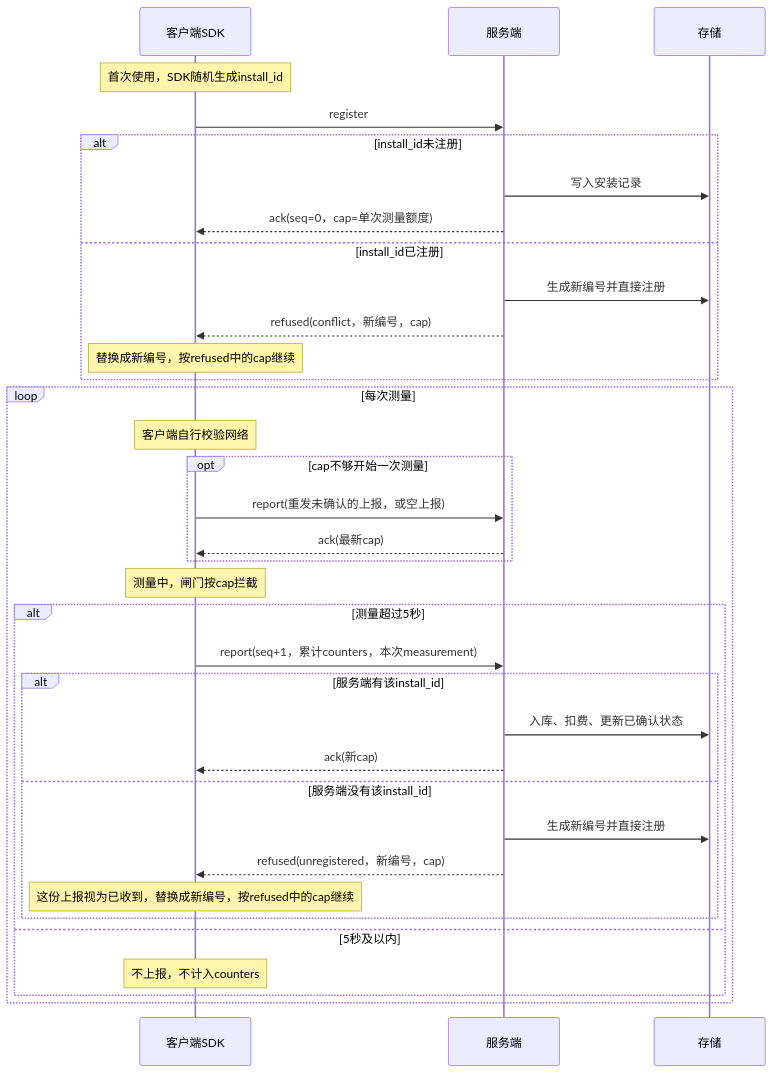
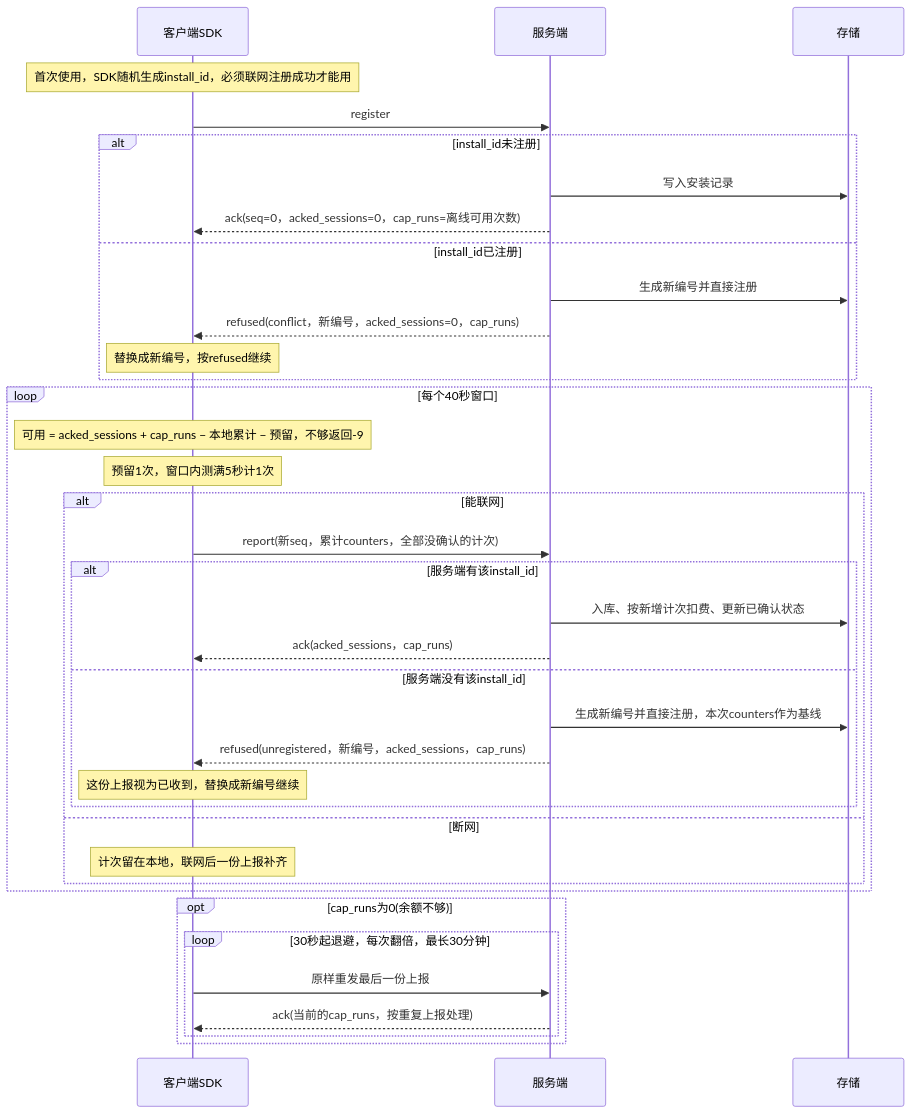
Before and after one commit to FacePhys/Afu-Server-demo: the diagram in readme.md, drawn with Mermaid. The commit also changed other lines of this file and 38 other files, not shown here.

First line of the commit message:
计费改为按计次，支持离线：回复新增 acked_sessions，cap_runs 为离线可用次数

````diff
--- a/readme.md
+++ b/readme.md
@@ -335,39 +362,42 @@
 ```mermaid
 sequenceDiagram
     participant SDK as 客户端SDK
     participant S as 服务端
     participant DB as 存储
 
-    Note over SDK: 首次使用，SDK随机生成install_id
+    Note over SDK: 首次使用，SDK随机生成install_id，必须联网注册成功才能用
     SDK->>S: register
     alt install_id未注册
         S->>DB: 写入安装记录
-        S-->>SDK: ack(seq=0，cap=单次测量额度)
+        S-->>SDK: ack(seq=0，acked_sessions=0，cap_runs=离线可用次数)
     else install_id已注册
         S->>DB: 生成新编号并直接注册
-        S-->>SDK: refused(conflict，新编号，cap)
-        Note over SDK: 替换成新编号，按refused中的cap继续
+        S-->>SDK: refused(conflict，新编号，acked_sessions=0，cap_runs)
+        Note over SDK: 替换成新编号，按refused继续
     end
 
-    loop 每次测量
-        Note over SDK: 客户端自行校验网络
-        opt cap不够开始一次测量
-            SDK->>S: report(重发未确认的上报，或空上报)
-            S-->>SDK: ack(最新cap)
+    loop 每个40秒窗口
+        Note over SDK: 可用 = acked_sessions + cap_runs − 本地累计 − 预留，不够返回-9
+        Note over SDK: 预留1次，窗口内测满5秒计1次
+        alt 能联网
+            SDK->>S: report(新seq，累计counters，全部没确认的计次)
+            alt 服务端有该install_id
+                S->>DB: 入库、按新增计次扣费、更新已确认状态
+                S-->>SDK: ack(acked_sessions，cap_runs)
+            else 服务端没有该install_id
+                S->>DB: 生成新编号并直接注册，本次counters作为基线
+                S-->>SDK: refused(unregistered，新编号，acked_sessions，cap_runs)
+                Note over SDK: 这份上报视为已收到，替换成新编号继续
+            end
+        else 断网
+            Note over SDK: 计次留在本地，联网后一份上报补齐
         end
-        Note over SDK: 测量中，闸门按cap拦截
-        alt 测量超过5秒
-            SDK->>S: report(seq+1，累计counters，本次measurement)
-            alt 服务端有该install_id
-                S->>DB: 入库、扣费、更新已确认状态
-                S-->>SDK: ack(新cap)
-            else 服务端没有该install_id
-                S->>DB: 生成新编号并直接注册
-                S-->>SDK: refused(unregistered，新编号，cap)
-                Note over SDK: 这份上报视为已收到，替换成新编号，按refused中的cap继续
-            end
-        else 5秒及以内
-            Note over SDK: 不上报，不计入counters
+    end
+
+    opt cap_runs为0(余额不够)
+        loop 30秒起退避，每次翻倍，最长30分钟
+            SDK->>S: 原样重发最后一份上报
+            S-->>SDK: ack(当前的cap_runs，按重复上报处理)
         end
     end
 ```
````
